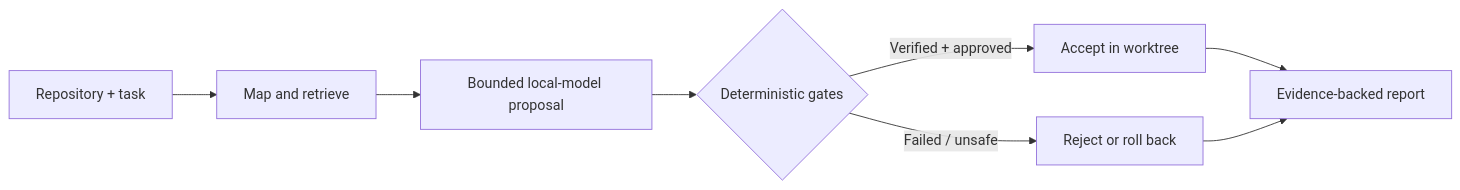
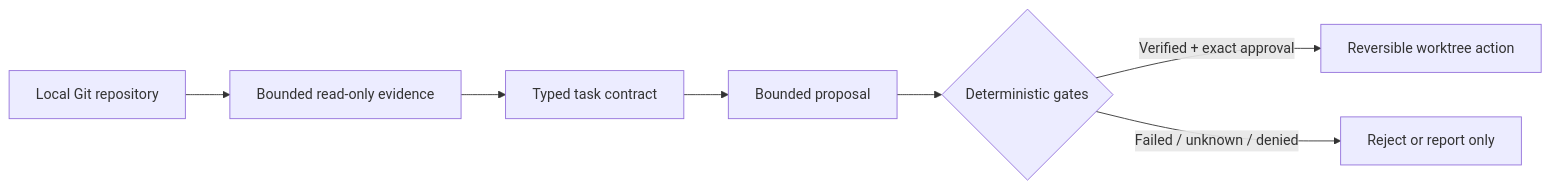
The diagram in README.md (hanklin9188/Desk-Code-Agent), drawn with Mermaid before and after one commit. The commit also changed other lines of this file and 81 other files, not shown here.

````diff
--- a/README.md
+++ b/README.md
@@ -39,10 +72,9 @@
 ```mermaid
 flowchart LR
-  A[Repository + task] --> B[Map and retrieve]
-  B --> C[Bounded local-model proposal]
-  C --> D{Deterministic gates}
-  D -->|Verified + approved| E[Accept in worktree]
-  D -->|Failed / unsafe| F[Reject or roll back]
-  E --> G[Evidence-backed report]
-  F --> G
+  A[Local Git repository] --> B[Bounded read-only evidence]
+  B --> C[Typed task contract]
+  C --> D[Bounded proposal]
+  D --> E{Deterministic gates}
+  E -->|Verified + exact approval| F[Reversible worktree action]
+  E -->|Failed / unknown / denied| G[Reject or report only]
 ```
````
